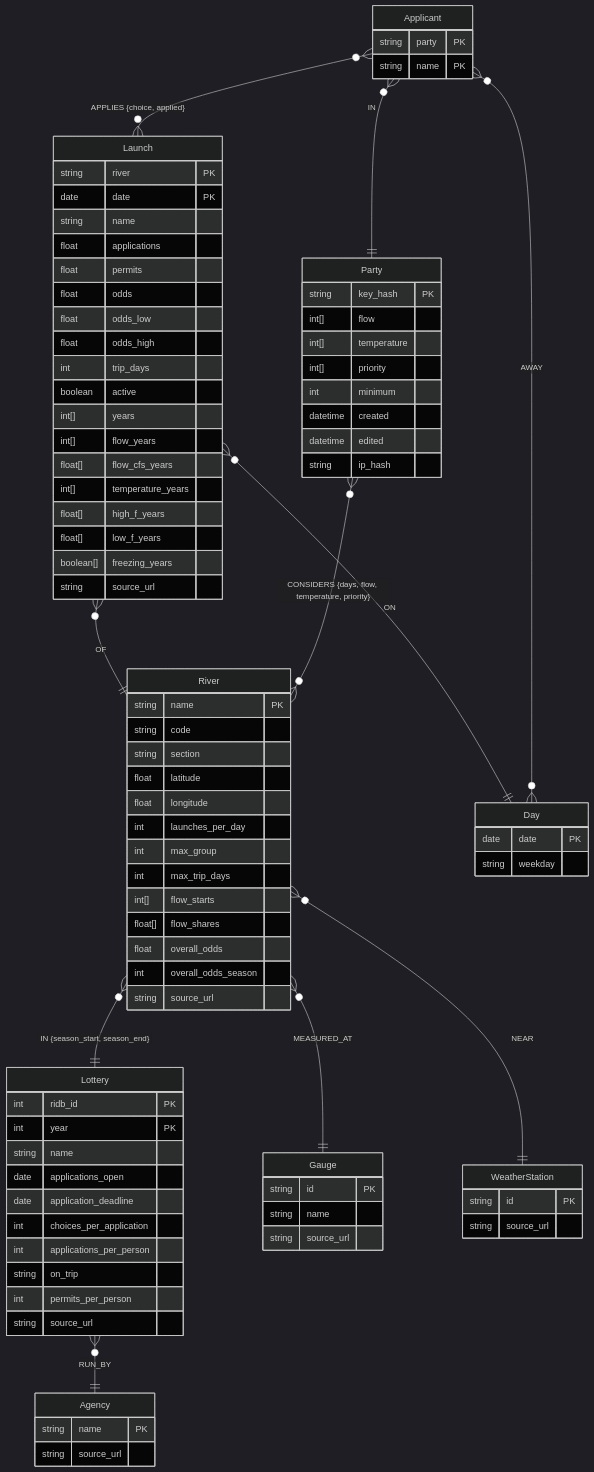
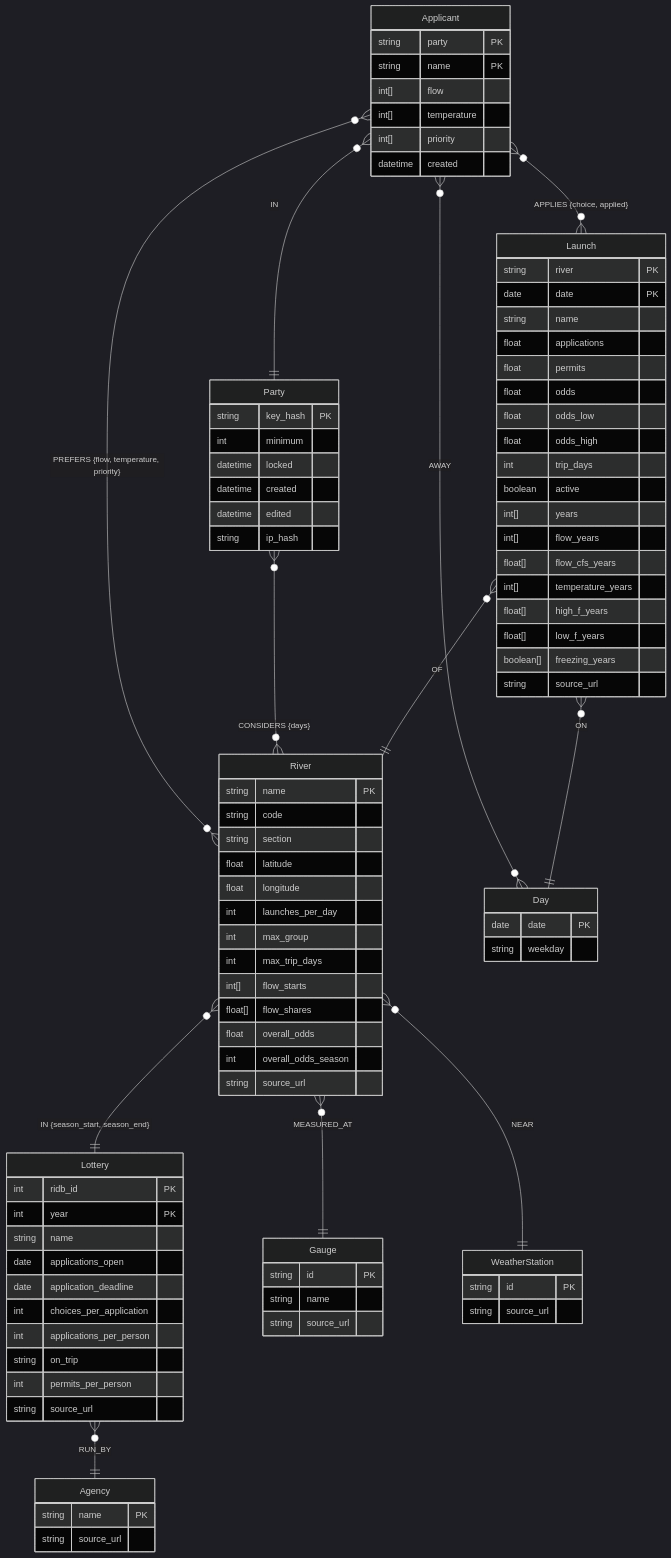
The diagram in src/max_float/graph/README.md (gen-omix/max-float), drawn with Mermaid (dark theme) before and after one commit. The commit also changed other lines of this file and 7 other files, not shown here.

Commit message:
add party to graph

````diff
--- a/src/max_float/graph/README.md
+++ b/src/max_float/graph/README.md
@@ -82,10 +82,8 @@
   }
   Party {
     string key_hash PK
-    int[] flow
-    int[] temperature
-    int[] priority
     int minimum
+    datetime locked
     datetime created
     datetime edited
     string ip_hash
@@ -93,6 +91,10 @@
   Applicant {
     string party PK
     string name PK
+    int[] flow
+    int[] temperature
+    int[] priority
+    datetime created
   }
   River }o--|| Lottery : "IN {season_start, season_end}"
   Lottery }o--|| Agency : "RUN_BY"
@@ -103,5 +105,6 @@
   Applicant }o--|| Party : "IN"
   Applicant }o--o{ Day : "AWAY"
   Applicant }o--o{ Launch : "APPLIES {choice, applied}"
-  Party }o--o{ River : "CONSIDERS {days, flow, temperature, priority}"
+  Party }o--o{ River : "CONSIDERS {days}"
+  Applicant }o--o{ River : "PREFERS {flow, temperature, priority}"
 ```
````
